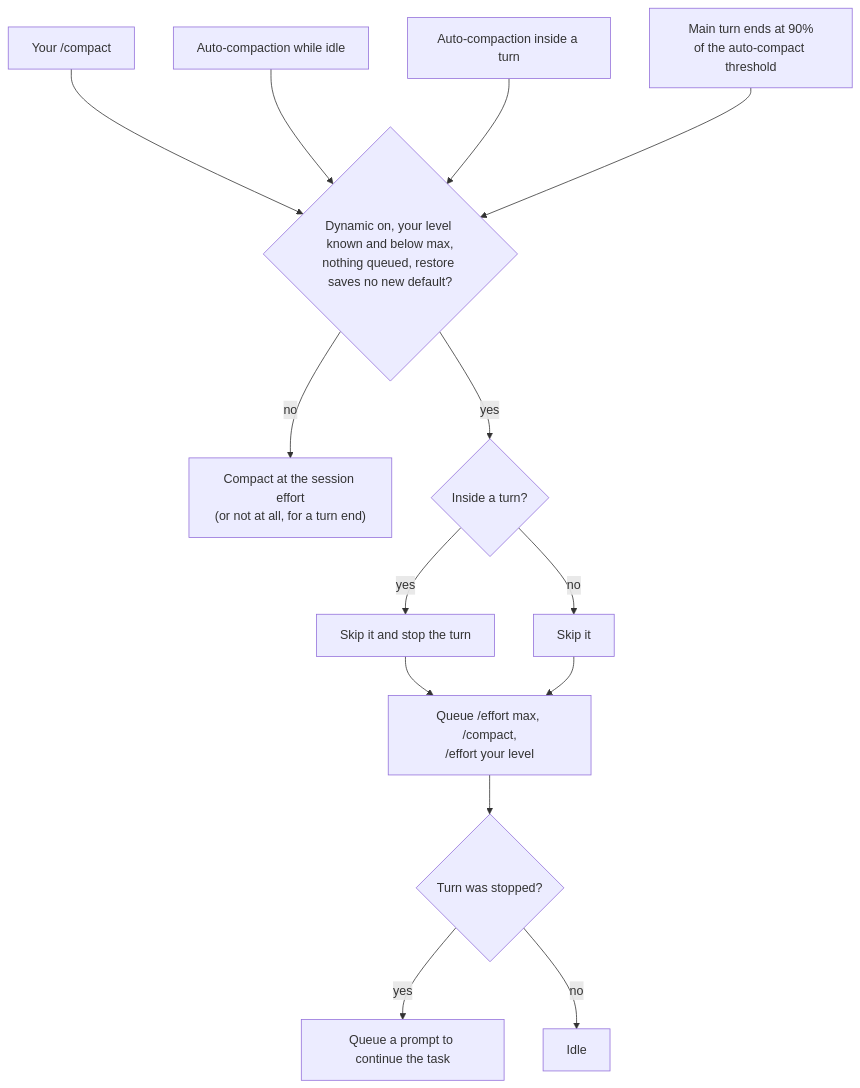
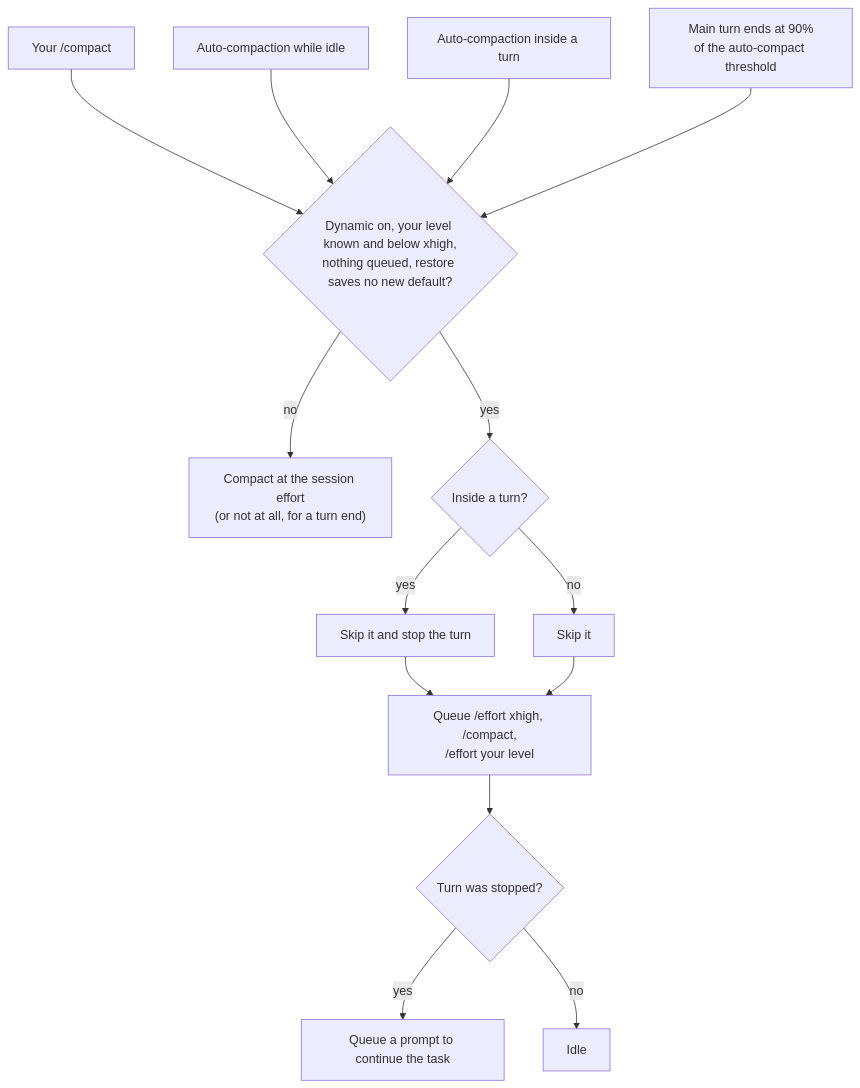
The diagram in tools/claude-dynamic-effort/README.md (kkkaoru/dotfiles), drawn with Mermaid before and after one commit. The commit also changed other lines of this file and 5 other files, not shown here.

First line of the commit message:
feat(claude-dynamic-effort): compact at xhigh instead of max

````diff
--- a/tools/claude-dynamic-effort/README.md
+++ b/tools/claude-dynamic-effort/README.md
@@ -25,18 +25,18 @@
 ```mermaid
 flowchart TD
   manual["Your /compact"] --> gate
   idle["Auto-compaction while idle"] --> gate
   inturn["Auto-compaction inside a turn"] --> gate
   turnend["Main turn ends at 90%<br/>of the auto-compact threshold"] --> gate
-  gate{"Dynamic on, your level known and below max,<br/>nothing queued, restore saves no new default?"}
+  gate{"Dynamic on, your level known and below xhigh,<br/>nothing queued, restore saves no new default?"}
   gate -- no --> plain["Compact at the session effort<br/>(or not at all, for a turn end)"]
   gate -- yes --> stop{"Inside a turn?"}
   stop -- yes --> abort["Skip it and stop the turn"]
   stop -- no --> skip["Skip it"]
   abort --> queue
   skip --> queue
-  queue["Queue /effort max, /compact,<br/>/effort your level"]
+  queue["Queue /effort xhigh, /compact,<br/>/effort your level"]
   queue --> resume{"Turn was stopped?"}
   resume -- yes --> prompt["Queue a prompt to continue the task"]
   resume -- no --> done["Idle"]
 ```
````
